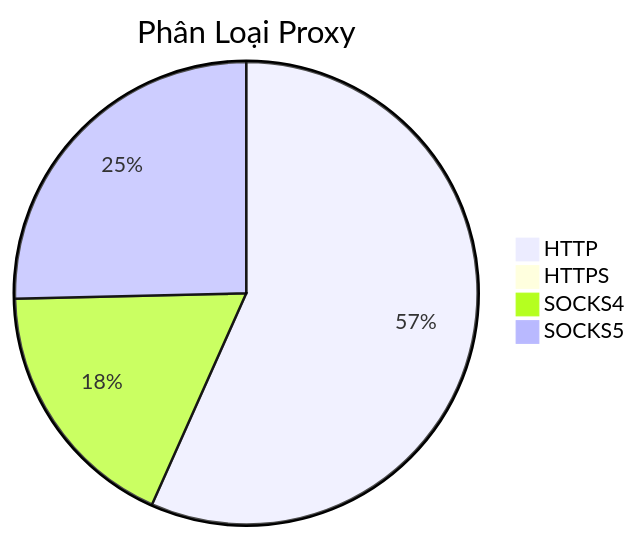
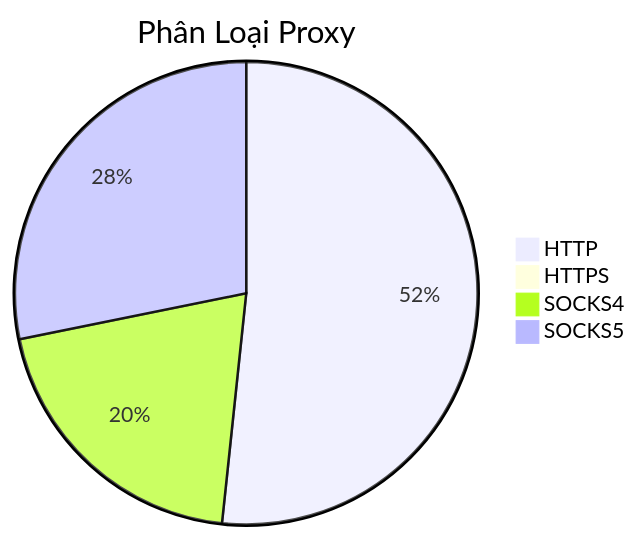
The diagram in README.md (Ciara-12/PROXY-free), drawn with Mermaid before and after one commit. The commit also changed other lines of this file and 4 other files, not shown here.

````diff
--- a/README.md
+++ b/README.md
@@ -26,7 +26,7 @@
 ```mermaid
 pie title Phân Loại Proxy
-    "HTTP" : 891
-    "HTTPS" : 1
-    "SOCKS4" : 282
-    "SOCKS5" : 399
+    "HTTP" : 834
+    "HTTPS" : 0
+    "SOCKS4" : 325
+    "SOCKS5" : 455
 ```
````
